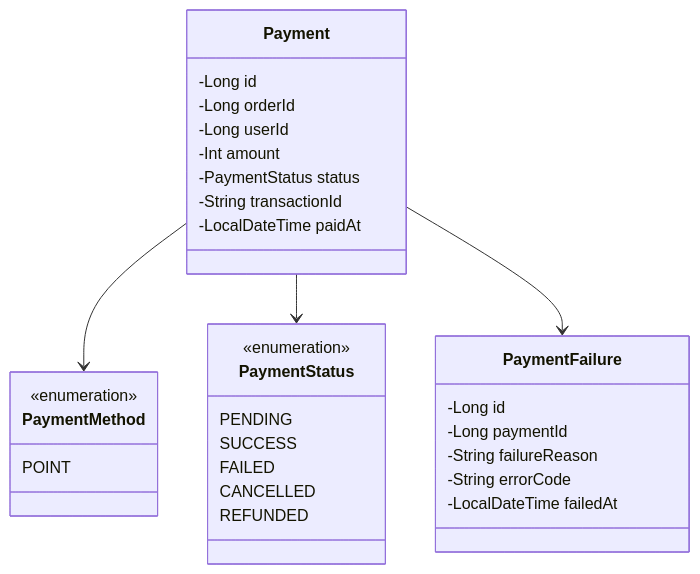
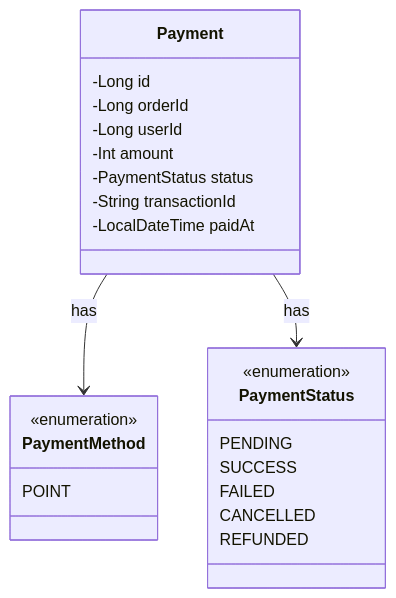
Before and after one commit to DuhanMo/emotional-commerce: the fourth of 5 diagrams in docs/design/03-class-diagrams.md, drawn with Mermaid. The commit also changed other lines of this file, not shown here.

Commit message:
fix: 클래스 다이어그램 수정

````diff
--- a/docs/design/03-class-diagrams.md
+++ b/docs/design/03-class-diagrams.md
@@ -142,39 +157,30 @@
 ```mermaid
 classDiagram
     class Payment {
         -Long id
         -Long orderId
         -Long userId
         -Int amount
         -PaymentStatus status
         -String transactionId
-        -LocalDateTime paidAt    }
+        -LocalDateTime paidAt
+    }
     
     class PaymentMethod {
         <<enumeration>>
         POINT
     }
     
     class PaymentStatus {
         <<enumeration>>
         PENDING
         SUCCESS
         FAILED
         CANCELLED
         REFUNDED
     }
     
-    %% 결제 실패 정보
-    class PaymentFailure {
-		    -Long id
-        -Long paymentId
-        -String failureReason
-        -String errorCode
-        -LocalDateTime failedAt
-    }
-    
     %% 관계
-    Payment --> PaymentMethod
-    Payment --> PaymentStatus
-    Payment --> PaymentFailure
+    Payment --> PaymentMethod : has
+    Payment --> PaymentStatus : has
 ```
````
